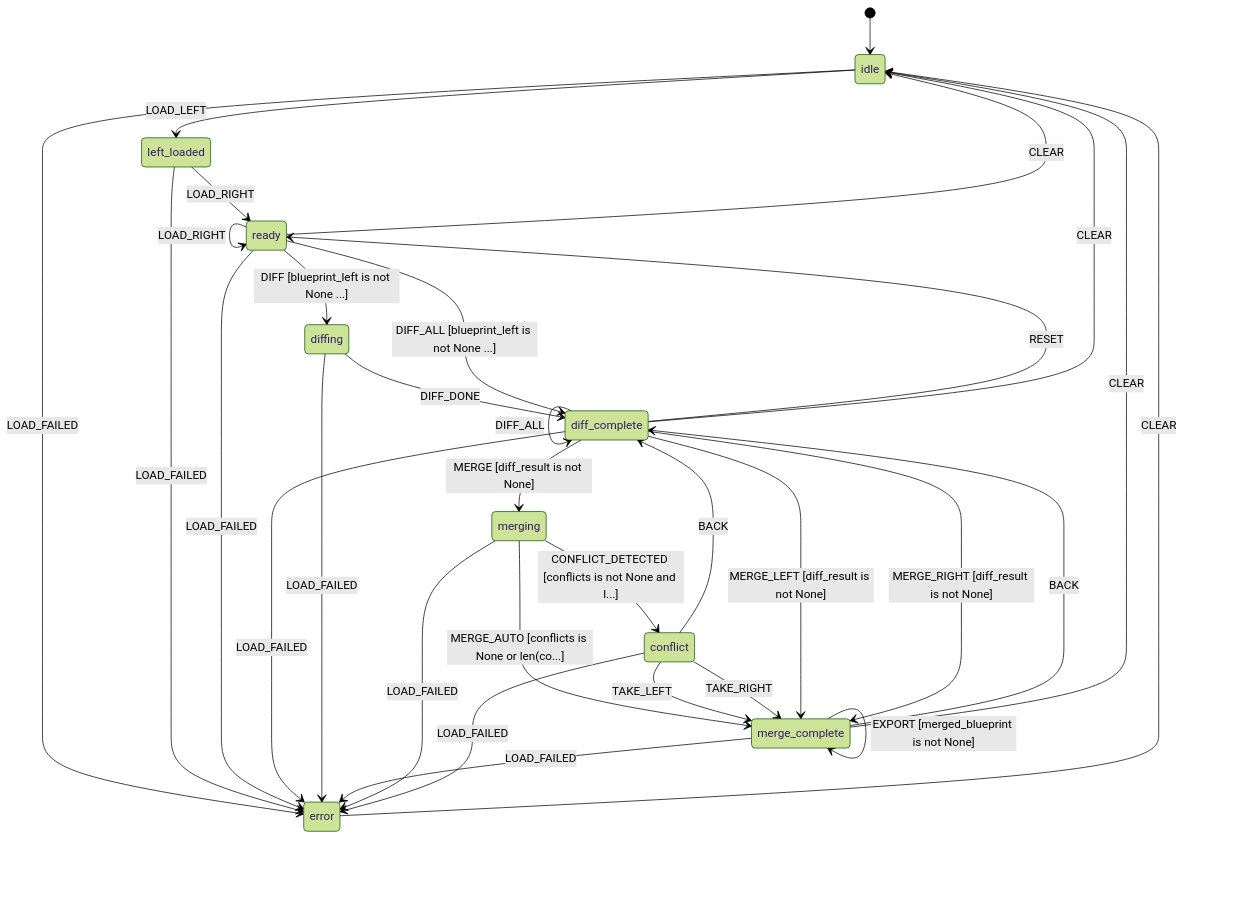
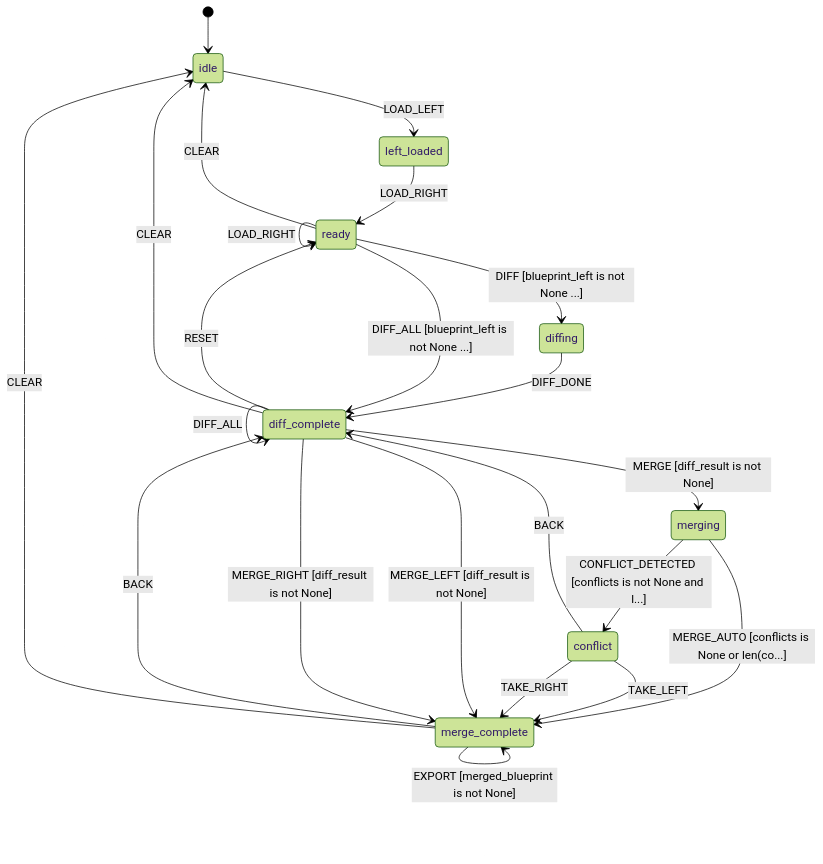
Before and after one commit to rhCat/lpp: the diagram in utils/blueprint_differ/README.md, drawn with Mermaid (forest theme). The commit also changed 253 other files, not shown here.

````diff
--- a/utils/blueprint_differ/README.md
+++ b/utils/blueprint_differ/README.md
@@ -138,40 +138,31 @@
 ```mermaid
 stateDiagram-v2
     %% L++ State Diagram: L++ Blueprint Diff & Merge
     [*] --> idle
     idle --> left_loaded : LOAD_LEFT
     left_loaded --> ready : LOAD_RIGHT
     ready --> ready : LOAD_BASE
     ready --> ready : LOAD_LEFT
     ready --> ready : LOAD_RIGHT
     ready --> diffing : DIFF [blueprint_left is not None ...]
     diffing --> diff_complete : DIFF_DONE
     ready --> diff_complete : DIFF_ALL [blueprint_left is not None ...]
     diff_complete --> diff_complete : SHOW_SUMMARY [diff_result is not None]
     diff_complete --> diff_complete : SHOW_UNIFIED [diff_result is not None]
     diff_complete --> diff_complete : SHOW_PATCH [diff_result is not None]
     diff_complete --> merging : MERGE [diff_result is not None]
     merging --> merge_complete : MERGE_AUTO [conflicts is None or len(co...]
     merging --> conflict : CONFLICT_DETECTED [conflicts is not None and l...]
     conflict --> merge_complete : TAKE_LEFT
     conflict --> merge_complete : TAKE_RIGHT
     diff_complete --> merge_complete : MERGE_LEFT [diff_result is not None]
     diff_complete --> merge_complete : MERGE_RIGHT [diff_result is not None]
     merge_complete --> merge_complete : EXPORT [merged_blueprint is not None]
     merge_complete --> diff_complete : BACK
     conflict --> diff_complete : BACK
     diff_complete --> diff_complete : DIFF_ALL
     diff_complete --> ready : RESET
     ready --> idle : CLEAR
     diff_complete --> idle : CLEAR
     merge_complete --> idle : CLEAR
-    error --> idle : CLEAR
-    idle --> error : LOAD_FAILED
-    left_loaded --> error : LOAD_FAILED
-    ready --> error : LOAD_FAILED
-    diff_complete --> error : LOAD_FAILED
-    diffing --> error : LOAD_FAILED
-    merge_complete --> error : LOAD_FAILED
-    merging --> error : LOAD_FAILED
-    conflict --> error : LOAD_FAILED
 ```
````
